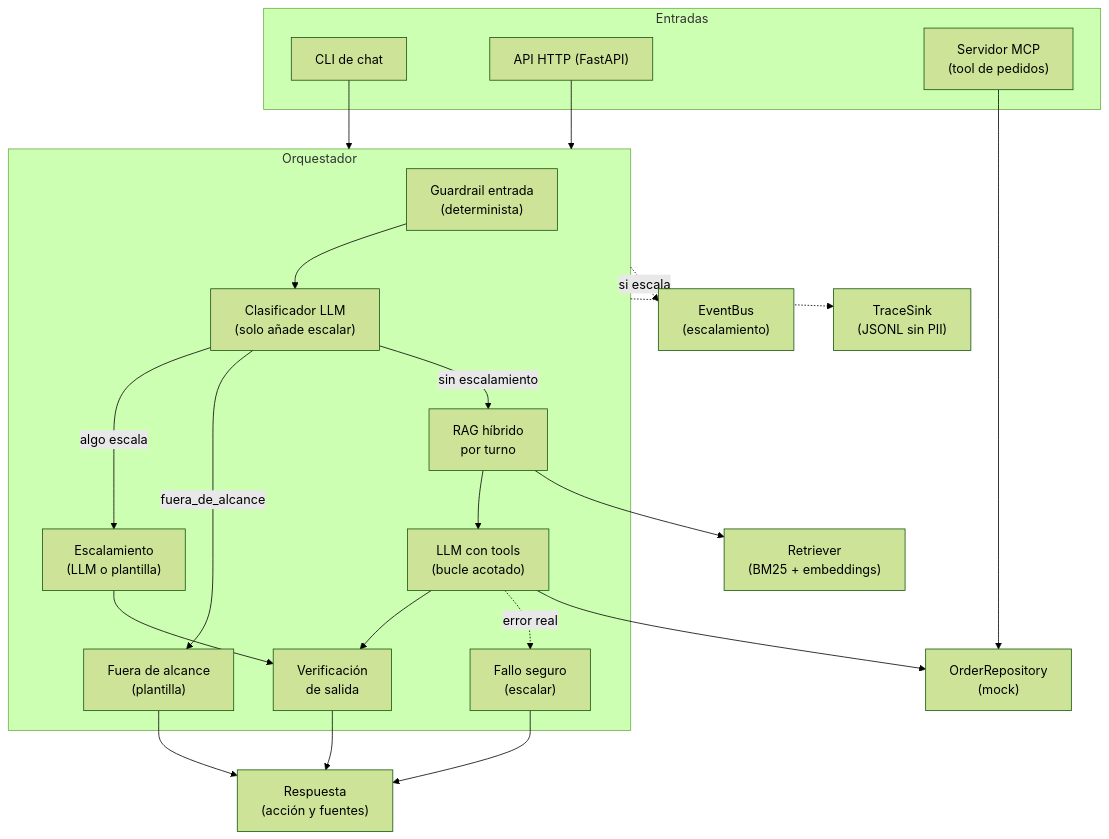
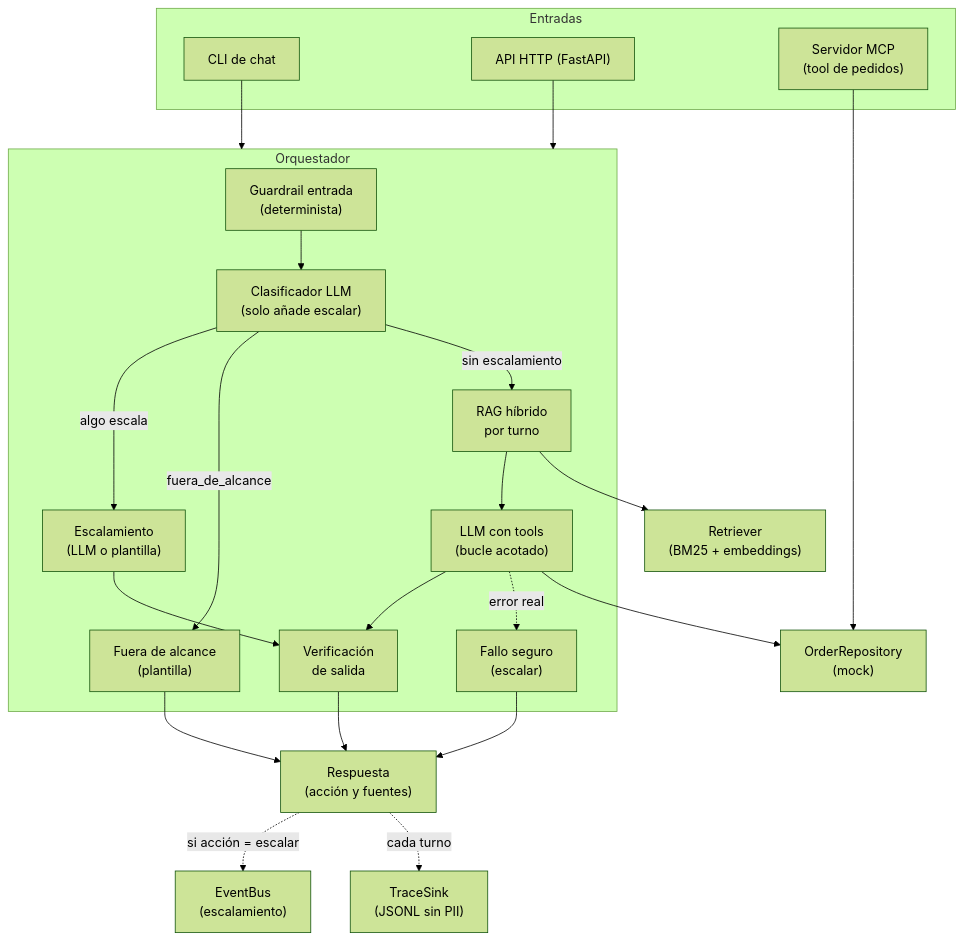
Before and after one commit to aliguerreroj/guerrero_ali_prueba_aiengineer: the diagram in SUBMISSION.md, drawn with Mermaid (forest theme).

Commit message:
docs: efectos del turno claros en el diagrama

````diff
--- a/SUBMISSION.md
+++ b/SUBMISSION.md
@@ -7,40 +7,40 @@
 ```mermaid
 flowchart TD
     subgraph Entradas
         CLI["CLI de chat"]
         API["API HTTP (FastAPI)"]
         MCP["Servidor MCP<br/>(tool de pedidos)"]
     end
 
     CLI --> ORQ
     API --> ORQ
 
     subgraph ORQ["Orquestador"]
         G1["Guardrail entrada<br/>(determinista)"]
         C1["Clasificador LLM<br/>(solo añade escalar)"]
         ESC["Escalamiento<br/>(LLM o plantilla)"]
         FA["Fuera de alcance<br/>(plantilla)"]
         RAG["RAG híbrido<br/>por turno"]
         BUCLE["LLM con tools<br/>(bucle acotado)"]
         VER["Verificación<br/>de salida"]
         SEG["Fallo seguro<br/>(escalar)"]
 
         G1 --> C1
         C1 -->|"algo escala"| ESC
         C1 -->|"fuera_de_alcance"| FA
         C1 -->|"sin escalamiento"| RAG
         RAG --> BUCLE
         BUCLE --> VER
         ESC --> VER
         BUCLE -.->|"error real"| SEG
     end
 
     MCP --> PED
     BUCLE --> PED["OrderRepository<br/>(mock)"]
     RAG --> RET["Retriever<br/>(BM25 + embeddings)"]
     VER --> RESP["Respuesta<br/>(acción y fuentes)"]
     FA --> RESP
     SEG --> RESP
-    ORQ -.->|"si escala"| EV["EventBus<br/>(escalamiento)"]
-    ORQ -.-> TR["TraceSink<br/>(JSONL sin PII)"]
+    RESP -.->|"si acción = escalar"| EV["EventBus<br/>(escalamiento)"]
+    RESP -.->|"cada turno"| TR["TraceSink<br/>(JSONL sin PII)"]
 ```
````
